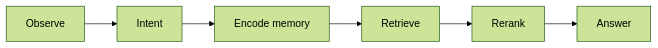
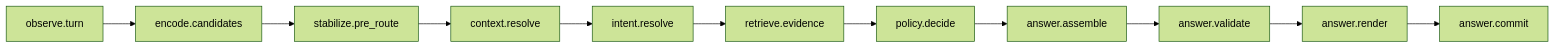
Before and after one commit to neatbasis/TestBot: the diagram in docs/architecture.md, drawn with Mermaid (forest theme). The commit also changed other lines of this file, not shown here.

Commit message:
docs: make canonical 11-stage pipeline primary architecture narrative

````diff
--- a/docs/architecture.md
+++ b/docs/architecture.md
@@ -28,8 +29,13 @@
 ```mermaid
 flowchart LR
-    observe[Observe] --> intent[Intent]
-    intent --> encode[Encode memory]
-    encode --> retrieve[Retrieve]
-    retrieve --> rerank[Rerank]
-    rerank --> answer[Answer]
+    observe[observe.turn] --> encode[encode.candidates]
+    encode --> stabilize[stabilize.pre_route]
+    stabilize --> context[context.resolve]
+    context --> intent[intent.resolve]
+    intent --> retrieve[retrieve.evidence]
+    retrieve --> decide[policy.decide]
+    decide --> assemble[answer.assemble]
+    assemble --> validate[answer.validate]
+    validate --> render[answer.render]
+    render --> commit[answer.commit]
 ```
````
